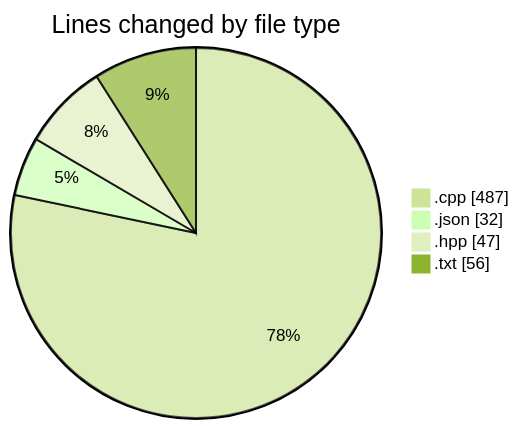
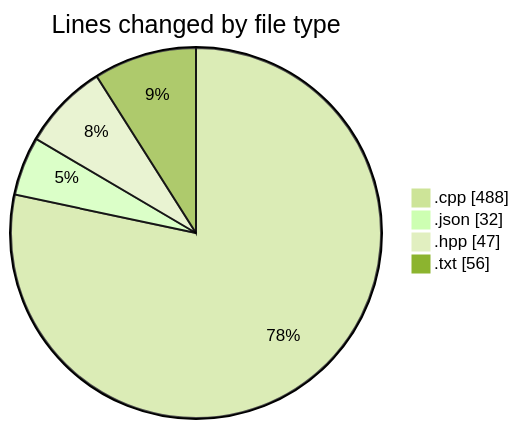
The first of 2 diagrams in 2025-04-21/echo/README.md (Netris89/code-tracking), drawn with Mermaid (forest theme) before and after one commit. The commit also changed other lines of this file and 1 other file, not shown here.

````diff
--- a/2025-04-21/echo/README.md
+++ b/2025-04-21/echo/README.md
@@ -25,8 +25,8 @@
 ```mermaid
 pie showData
 title Lines changed by file type
-".cpp" : 487
+".cpp" : 488
 ".json" : 32
 ".hpp" : 47
 ".txt" : 56
 ```
````
